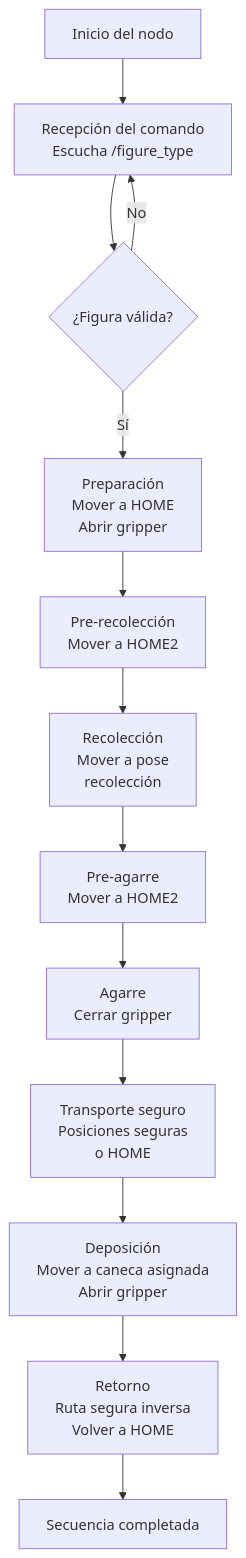
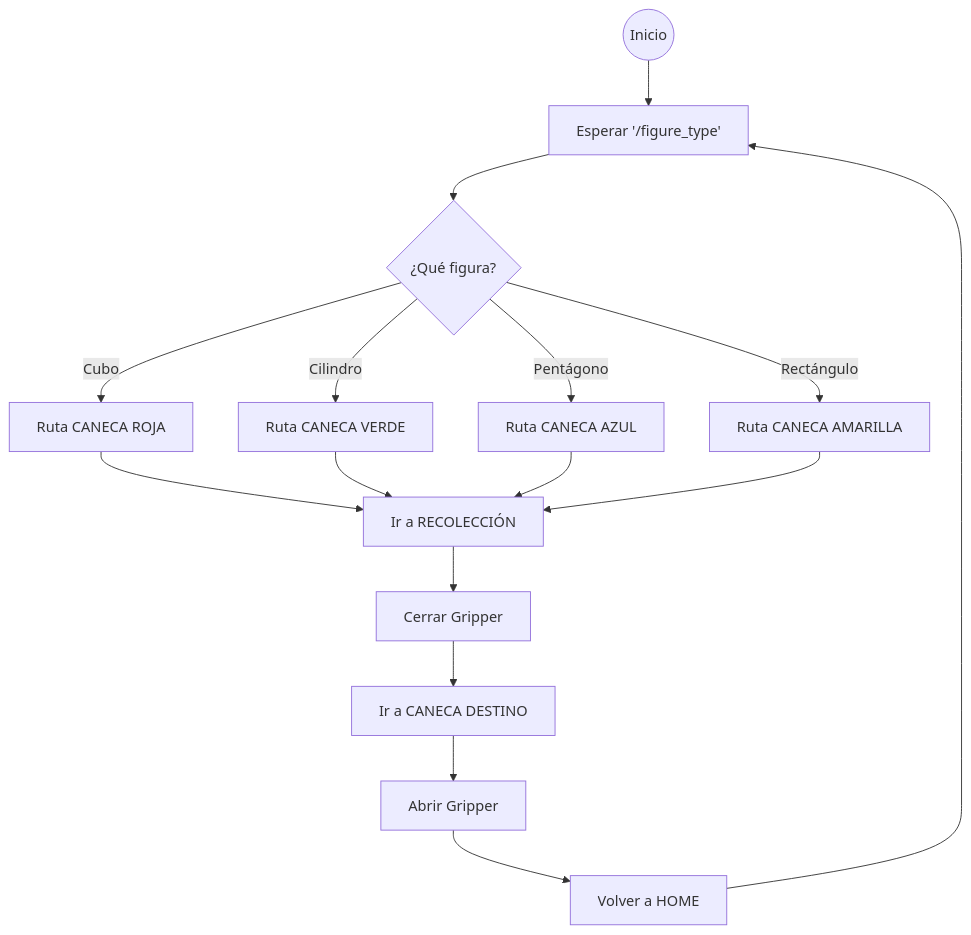
One commit to Zecro-Darkness/ProyectoRobotica changed the third of 6 diagrams in INFOME.md. Above: the diagram before and after it, drawn with Mermaid.

````diff
--- a/INFOME.md
+++ b/INFOME.md
@@ -284,26 +284,22 @@
 ```mermaid
 flowchart TD
+    A((Inicio)) --> B["Esperar '/figure_type'"]
+    B --> C{"¿Qué figura?"}
 
-    A[Inicio del nodo] --> B[Recepción del comando<br/>Escucha /figure_type]
+    C -- Cubo --> R1["Ruta CANECA ROJA"]
+    C -- Cilindro --> R2["Ruta CANECA VERDE"]
+    C -- Pentágono --> R3["Ruta CANECA AZUL"]
+    C -- Rectángulo --> R4["Ruta CANECA AMARILLA"]
 
-    B --> C{¿Figura válida?}
-    C -- No --> B
-    C -- Sí --> D[Preparación<br/>Mover a HOME<br/>Abrir gripper]
+    R1 --> D["Ir a RECOLECCIÓN"]
+    R2 --> D
+    R3 --> D
+    R4 --> D
 
-    D --> D2[Pre-recolección<br/>Mover a HOME2]
-
-    D2 --> E[Recolección<br/>Mover a pose<br/>recolección]
-
-    E --> E2[Pre-agarre<br/>Mover a HOME2]
-
-    E2 --> F[Agarre<br/>Cerrar gripper]
-
-    F --> G[Transporte seguro<br/>Posiciones seguras<br/>o HOME]
-
-    G --> H[Deposición<br/>Mover a caneca asignada<br/>Abrir gripper]
-
-    H --> I[Retorno<br/>Ruta segura inversa<br/>Volver a HOME]
-
-    I --> J[Secuencia completada]
+    D --> E["Cerrar Gripper"]
+    E --> F["Ir a CANECA DESTINO"]
+    F --> G["Abrir Gripper"]
+    G --> H["Volver a HOME"]
+    H --> B
 
 ```
````
